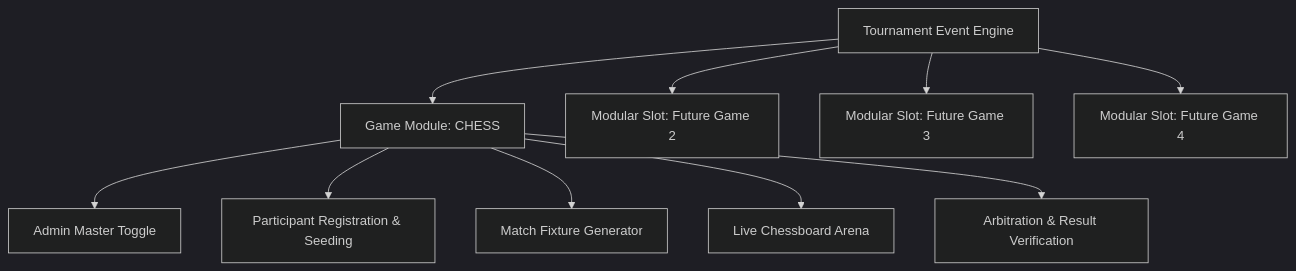
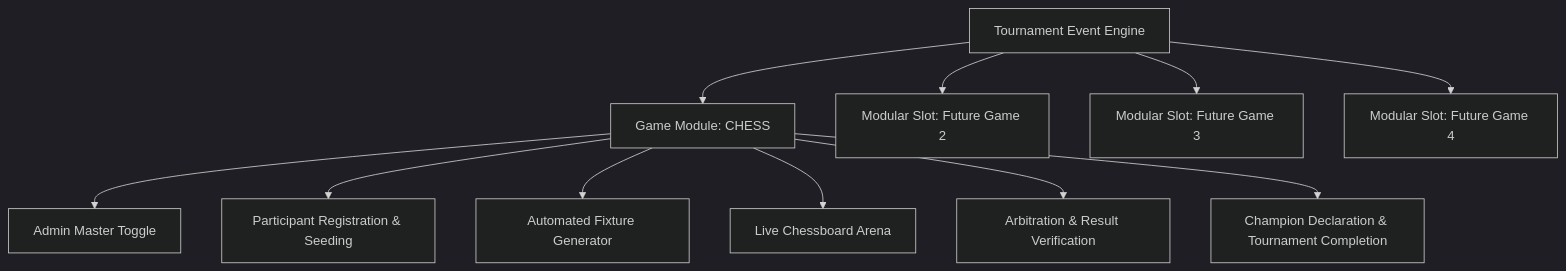
The first of 2 diagrams in DOCUMENTATION/features/events-chess.md (GouthamA15/KUCET_College_Management_System), drawn with Mermaid (dark theme) before and after one commit. The commit also changed other lines of this file and 12 other files, not shown here.

Commit message:
feat(events): complete chess tournament start and match workflow with arbiter result submission and verification

````diff
--- a/DOCUMENTATION/features/events-chess.md
+++ b/DOCUMENTATION/features/events-chess.md
@@ -16,13 +16,14 @@
 ```mermaid
 graph TD
     A[Tournament Event Engine] --> B[Game Module: CHESS]
     A --> C[Modular Slot: Future Game 2]
     A --> D[Modular Slot: Future Game 3]
     A --> E[Modular Slot: Future Game 4]
 
     B --> F[Admin Master Toggle]
     B --> G[Participant Registration & Seeding]
-    B --> H[Match Fixture Generator]
+    B --> H[Automated Fixture Generator]
     B --> I[Live Chessboard Arena]
     B --> J[Arbitration & Result Verification]
+    B --> K[Champion Declaration & Tournament Completion]
 ```
````
